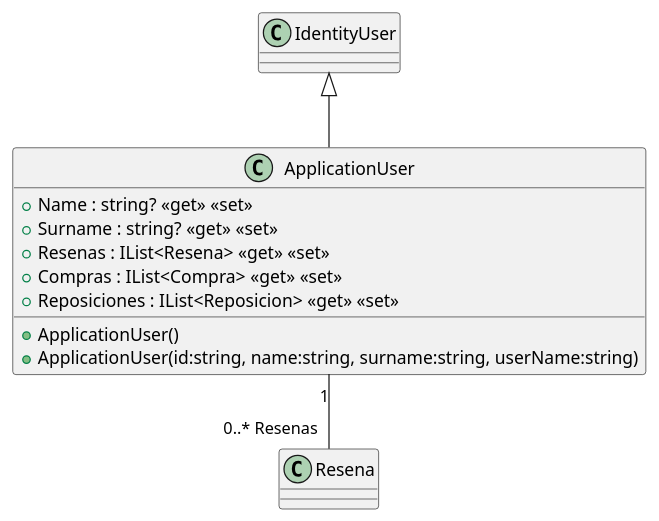
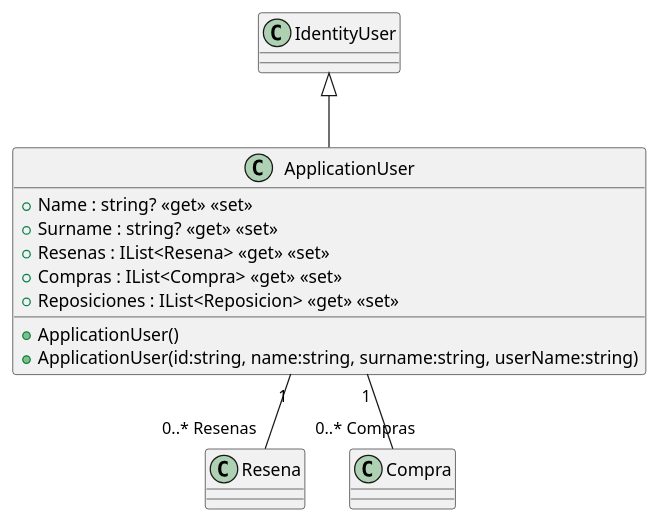
One commit to ISII2627SoftwareEngineers/ISII2627SoftwareEngineers changed the diagram in src/AppForSEII.API/ClassDiagram/ApplicationUser.puml. Above: the diagram before and after it, drawn with PlantUML.

Commit message:
Añadido la relacion entre clase ApplicationUser y clase Compra

```diff
--- a/src/AppForSEII.API/ClassDiagram/ApplicationUser.puml
+++ b/src/AppForSEII.API/ClassDiagram/ApplicationUser.puml
@@ -1,13 +1,17 @@
 @startuml
 class ApplicationUser {
     + ApplicationUser()
     + ApplicationUser(id:string, name:string, surname:string, userName:string)
     + Name : string? <<get>> <<set>>
     + Surname : string? <<get>> <<set>>
     + Resenas : IList<Resena> <<get>> <<set>>
     + Compras : IList<Compra> <<get>> <<set>>
     + Reposiciones : IList<Reposicion> <<get>> <<set>>
 }
 ApplicationUser "1" -- "0..* Resenas" Resena
+
+'para caso de uso comprar libros
+ApplicationUser "1" -- "0..* Compras" Compra
+
 IdentityUser <|-- ApplicationUser
 @enduml
```
